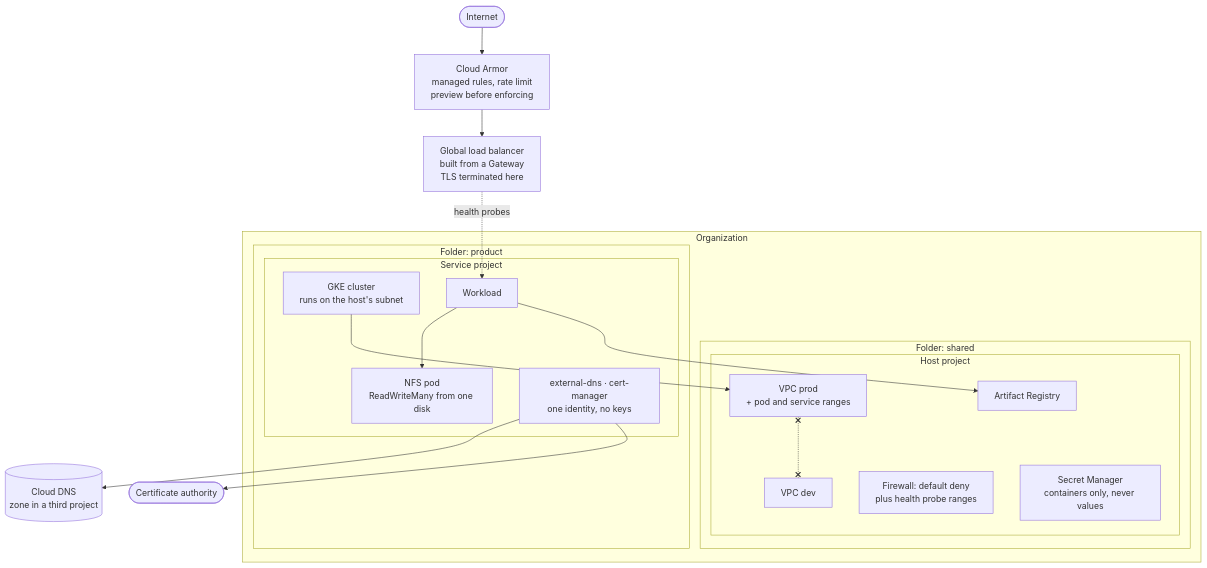
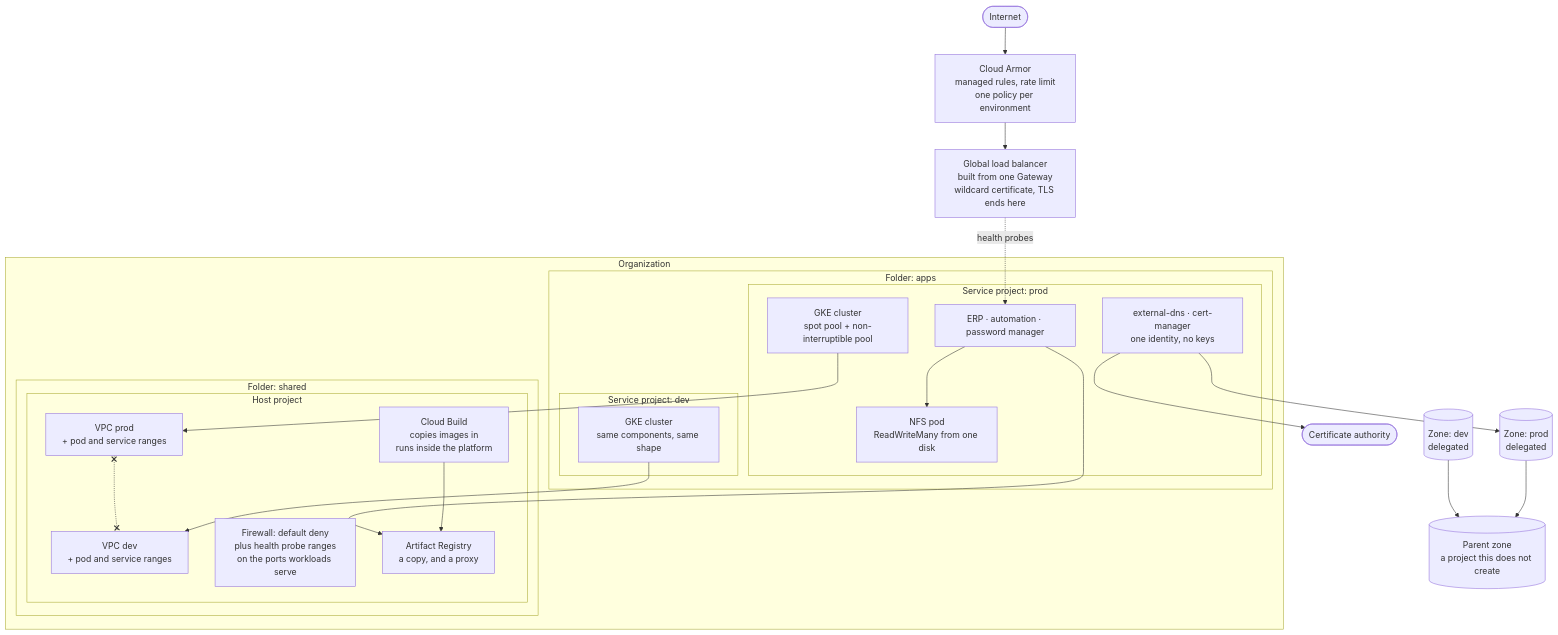
Before and after one commit to dhatune/platform-blueprints: the diagram in README.md, drawn with Mermaid. The commit also changed other lines of this file, not shown here.

Commit message:
docs: redraw the diagram as what this actually builds
The picture had gone stale in four ways and each of them was a decision it was
now hiding.

It showed one service project where there are two, and drew the development
network connected to nothing, which made the symmetry between environments
invisible. It showed a single DNS zone in a third project, when each
environment now publishes into its own delegated one, which is the whole of
ADR 26 and the reason the organization's mail records are out of reach rather
than merely protected. It implied one node pool where there are two, and the
second is the entire point of ADR 8. And it drew a registry without saying how
anything gets into it.

The editable file is not redrawn and the README now says so, rather than
offering it as a description of something it no longer describes.

````diff
--- a/README.md
+++ b/README.md
@@ -36,34 +40,42 @@
 ```mermaid
 flowchart TB
-    net([Internet]) --> armor[Cloud Armor<br/>managed rules, rate limit<br/>preview before enforcing]
-    armor --> lb[Global load balancer<br/>built from a Gateway<br/>TLS terminated here]
+    net([Internet]) --> armor[Cloud Armor<br/>managed rules, rate limit<br/>one policy per environment]
+    armor --> lb[Global load balancer<br/>built from one Gateway<br/>wildcard certificate, TLS ends here]
 
     subgraph org [Organization]
         subgraph shared [Folder: shared]
             subgraph host [Host project]
-                prod[VPC prod<br/>+ pod and service ranges]
-                dev[VPC dev]
-                fw[Firewall: default deny<br/>plus health probe ranges]
-                reg[Artifact Registry]
-                sec[Secret Manager<br/>containers only, never values]
+                vprod[VPC prod<br/>+ pod and service ranges]
+                vdev[VPC dev<br/>+ pod and service ranges]
+                fw[Firewall: default deny<br/>plus health probe ranges<br/>on the ports workloads serve]
+                reg[Artifact Registry<br/>a copy, and a proxy]
+                build[Cloud Build<br/>copies images in<br/>runs inside the platform]
             end
         end
-        subgraph product [Folder: product]
-            subgraph svc [Service project]
-                gke[GKE cluster<br/>runs on the host's subnet]
-                nfs[NFS pod<br/>ReadWriteMany from one disk]
-                app[Workload]
-                ctl[external-dns · cert-manager<br/>one identity, no keys]
+
+        subgraph product [Folder: apps]
+            subgraph sprod [Service project: prod]
+                gprod[GKE cluster<br/>spot pool + non-interruptible pool]
+                nprod[NFS pod<br/>ReadWriteMany from one disk]
+                aprod[ERP · automation · password manager]
+                cprod[external-dns · cert-manager<br/>one identity, no keys]
+            end
+            subgraph sdev [Service project: dev]
+                gdev[GKE cluster<br/>same components, same shape]
             end
         end
     end
 
-    lb -. health probes .-> app
-    gke --> prod
-    app --> nfs
-    app --> reg
-    ctl --> dns[(Cloud DNS<br/>zone in a third project)]
-    ctl --> ca([Certificate authority])
+    lb -. health probes .-> aprod
+    gprod --> vprod
+    gdev --> vdev
+    build --> reg
+    aprod --> reg
+    aprod --> nprod
+    cprod --> zprod[(Zone: prod<br/>delegated)]
+    cprod --> ca([Certificate authority])
+    zprod --> parent[(Parent zone<br/>a project this does not create)]
+    zdev[(Zone: dev<br/>delegated)] --> parent
 
-    prod x-.-x dev
+    vprod x-.-x vdev
 ```
````
